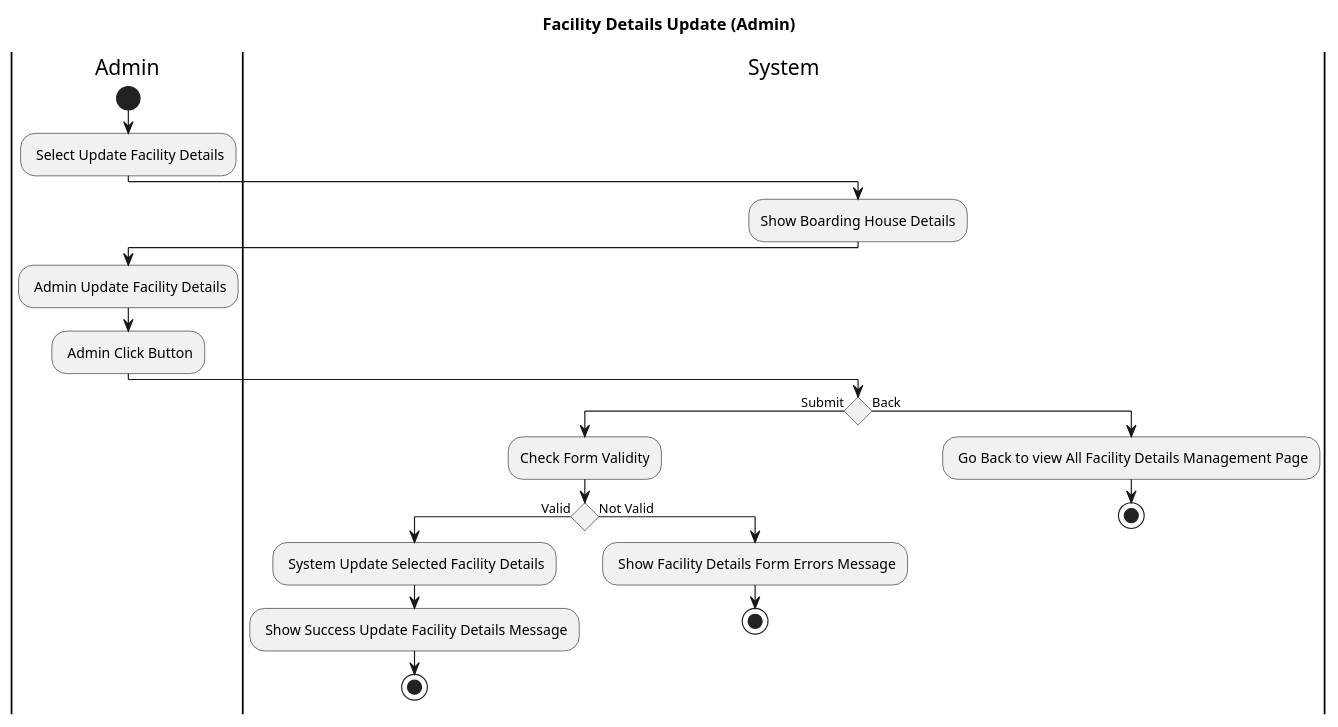
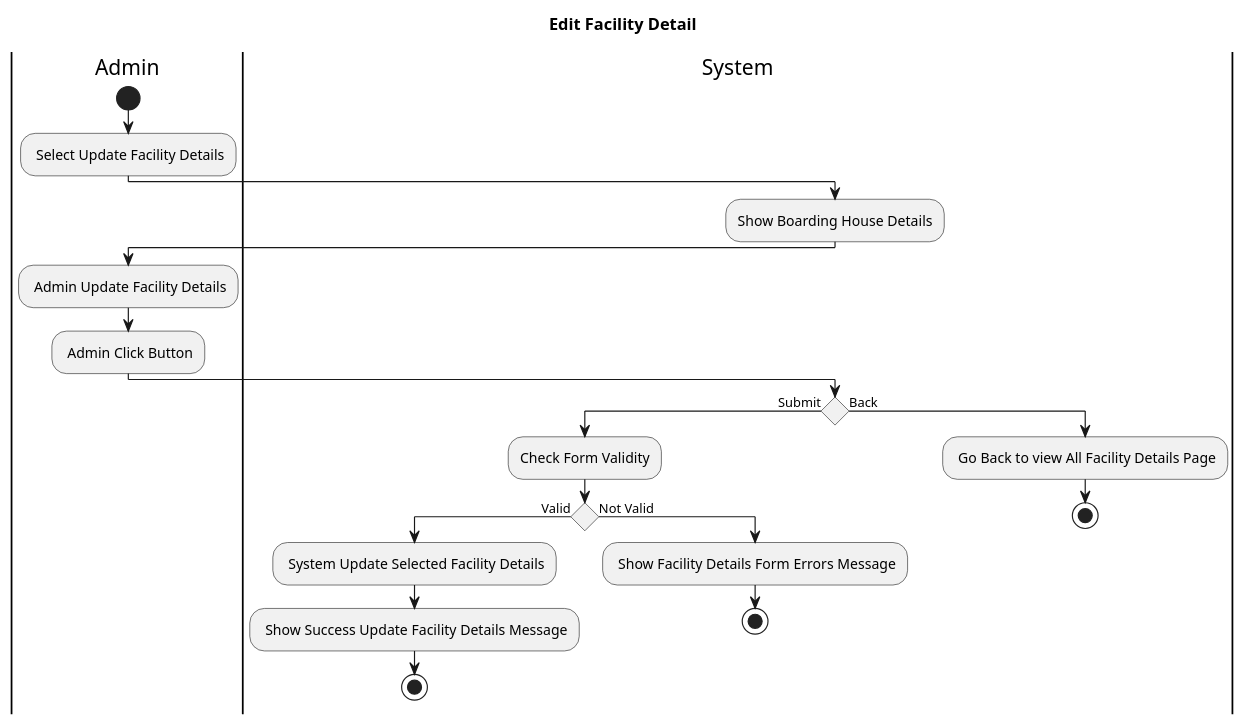
One commit to AntWort21/BHFMS changed the diagram in Design/BHFMS_ACTIVITY/Admin/FacilityManagement/Facilities Management (Admin) Update.puml. Above: the diagram before and after it, drawn with PlantUML. The commit also changed 75 other files, not shown here.

Commit message:
Fix Use Cases & ERD

```diff
--- a/Design/BHFMS_ACTIVITY/Admin/FacilityManagement/Facilities Management (Admin) Update.puml
+++ b/Design/BHFMS_ACTIVITY/Admin/FacilityManagement/Facilities Management (Admin) Update.puml
@@ -1,26 +1,26 @@
 @startuml
-title Facility Details Update (Admin)
+title Edit Facility Detail
 |Admin|
 start 
     : Select Update Facility Details;
 |System|
     :Show Boarding House Details;
 |Admin|  
     : Admin Update Facility Details;
     : Admin Click Button;
 |System|
 If () then (Submit)
     :Check Form Validity;
     if () is (Valid) then
         : System Update Selected Facility Details;
         : Show Success Update Facility Details Message;
         stop
     else (Not Valid)
         : Show Facility Details Form Errors Message;
         stop
     endif
 else (Back)
-    : Go Back to view All Facility Details Management Page;
+    : Go Back to view All Facility Details Page;
     stop  
 endif
 @enduml
```
